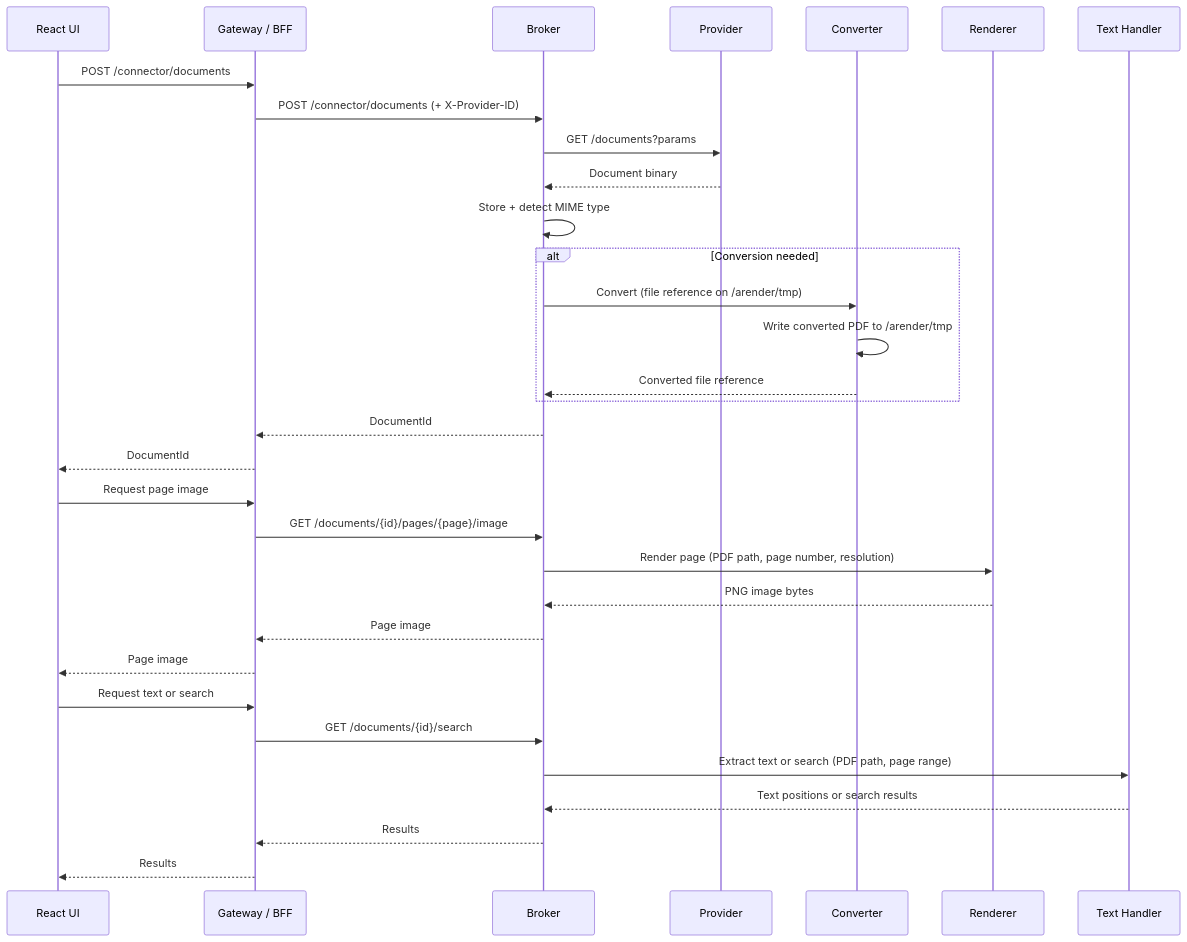
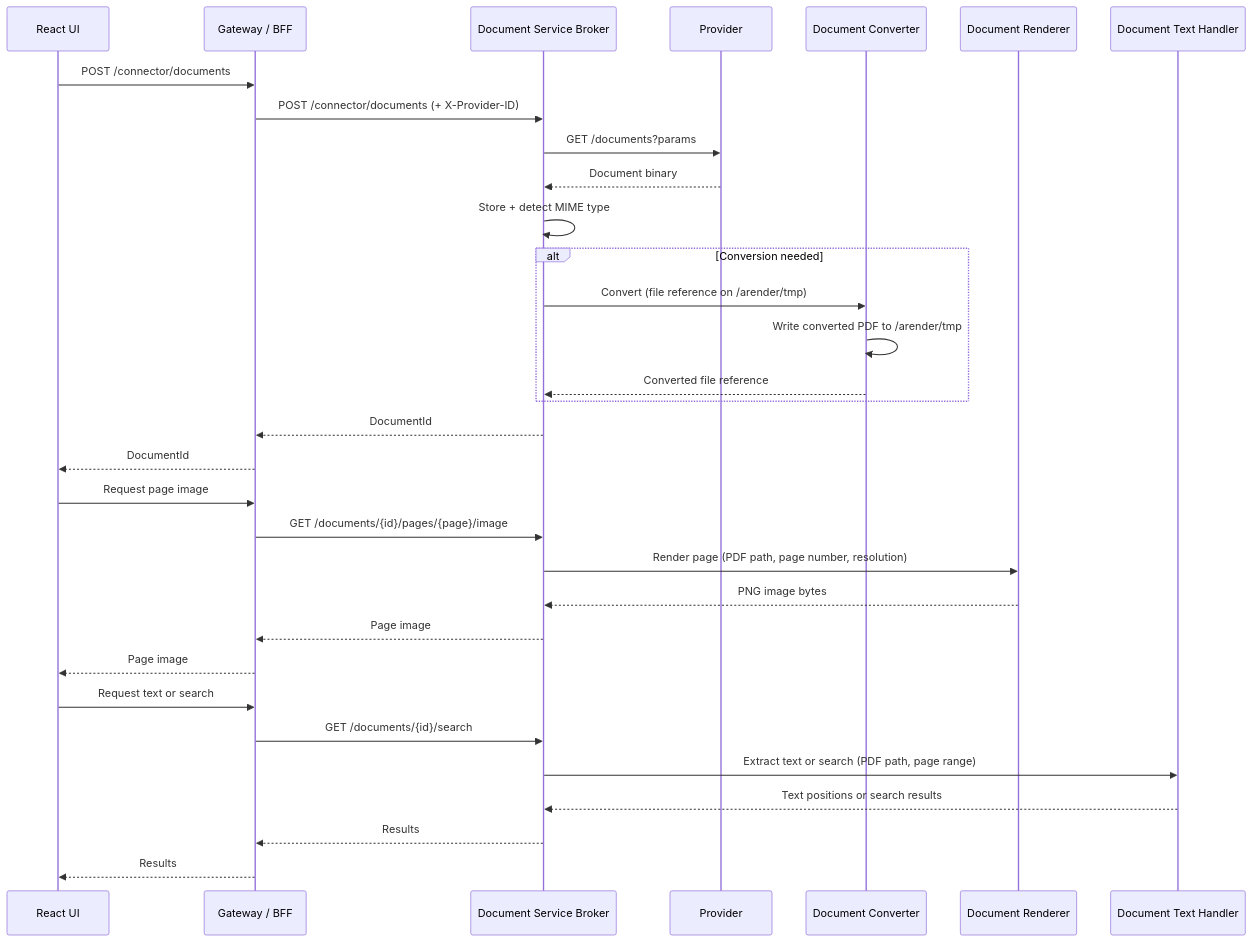
Before and after one commit to Uxopian/uxodocs: the third of 3 diagrams in docs/arender/overview/architecture.modern.md, drawn with Mermaid. The commit also changed other lines of this file and 34 other files, not shown here.

````diff
--- a/docs/arender/overview/architecture.modern.md
+++ b/docs/arender/overview/architecture.modern.md
@@ -269,35 +269,35 @@
 ```mermaid
 sequenceDiagram
     participant UI as React UI
     participant GW as Gateway / BFF
-    participant SB as Broker
+    participant SB as Document Service Broker
     participant P as Provider
-    participant DC as Converter
-    participant DR as Renderer
-    participant DT as Text Handler
+    participant DC as Document Converter
+    participant DR as Document Renderer
+    participant DT as Document Text Handler
 
     UI->>GW: POST /connector/documents
     GW->>SB: POST /connector/documents (+ X-Provider-ID)
     SB->>P: GET /documents?params
     P-->>SB: Document binary
     SB->>SB: Store + detect MIME type
     alt Conversion needed
         SB->>DC: Convert (file reference on /arender/tmp)
         DC->>DC: Write converted PDF to /arender/tmp
         DC-->>SB: Converted file reference
     end
     SB-->>GW: DocumentId
     GW-->>UI: DocumentId
     UI->>GW: Request page image
     GW->>SB: GET /documents/{id}/pages/{page}/image
     SB->>DR: Render page (PDF path, page number, resolution)
     DR-->>SB: PNG image bytes
     SB-->>GW: Page image
     GW-->>UI: Page image
     UI->>GW: Request text or search
     GW->>SB: GET /documents/{id}/search
     SB->>DT: Extract text or search (PDF path, page range)
     DT-->>SB: Text positions or search results
     SB-->>GW: Results
     GW-->>UI: Results
 ```
````
